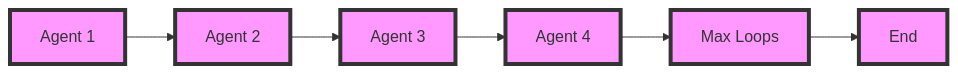
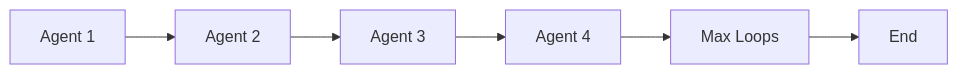
One commit to kyegomez/swarms changed the first of 2 diagrams in README.md. Above: the diagram before and after it, drawn with Mermaid.

Commit message:
[CLEANUP]

````diff
--- a/README.md
+++ b/README.md
@@ -694,14 +694,8 @@
 ```mermaid
 graph LR
     A[Agent 1] --> B[Agent 2]
     B --> C[Agent 3]
     C --> D[Agent 4]
     D --> E[Max Loops]
     E --> F[End]
-    style A fill:#f9f,stroke:#333,stroke-width:4px
-    style B fill:#f9f,stroke:#333,stroke-width:4px
-    style C fill:#f9f,stroke:#333,stroke-width:4px
-    style D fill:#f9f,stroke:#333,stroke-width:4px
-    style E fill:#f9f,stroke:#333,stroke-width:4px
-    style F fill:#f9f,stroke:#333,stroke-width:4px
 ```
````
